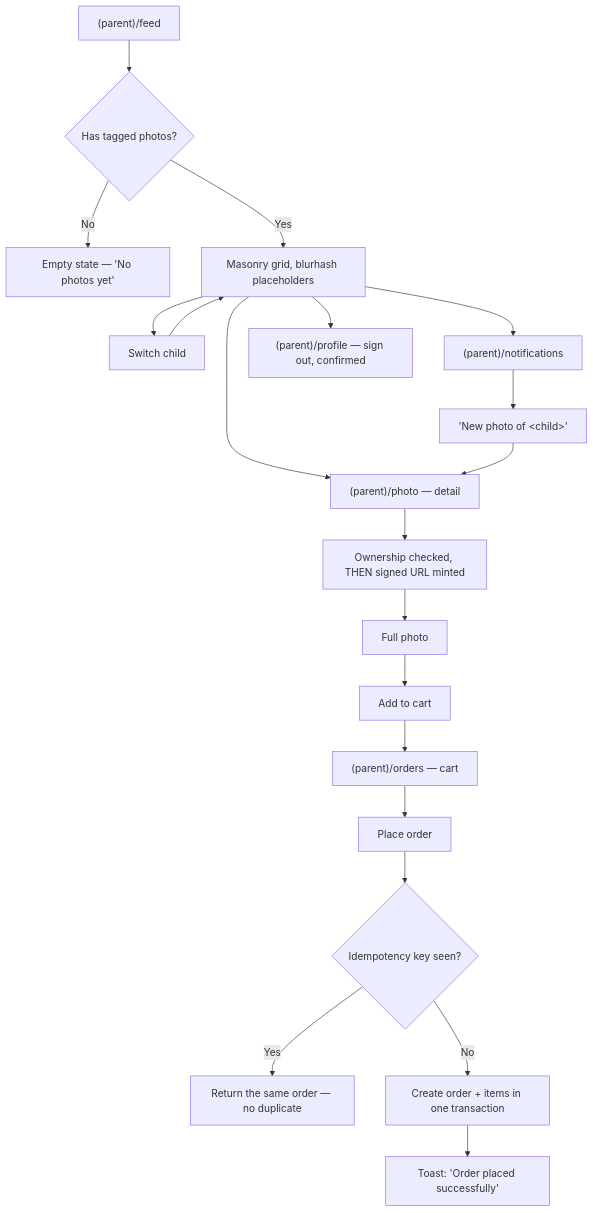
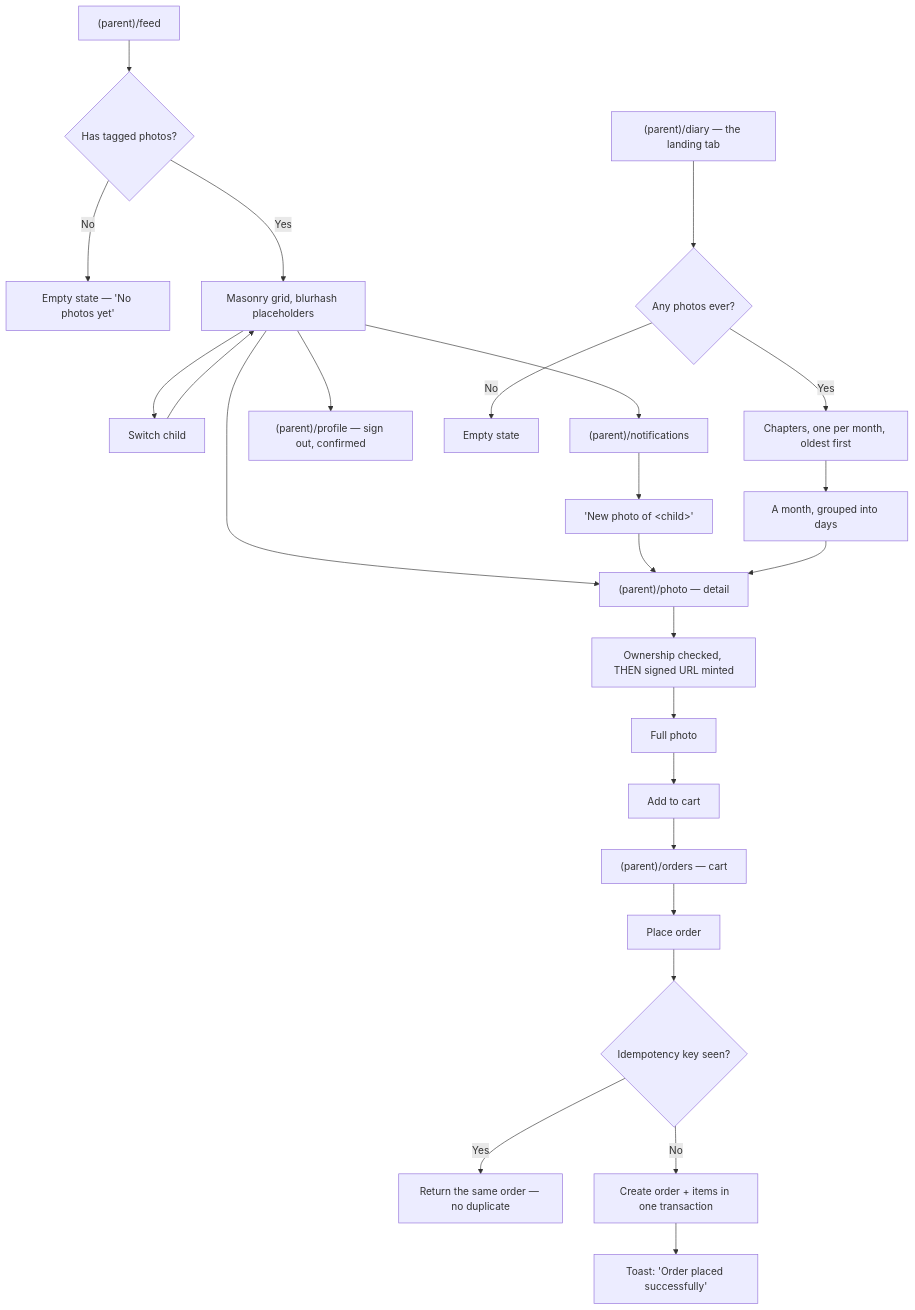
One commit to vexora-0/hive changed the second of 4 diagrams in docs/user-flows.md. Above: the diagram before and after it, drawn with Mermaid. The commit also changed other lines of this file and 8 other files, not shown here.

````diff
--- a/docs/user-flows.md
+++ b/docs/user-flows.md
@@ -52,25 +52,31 @@
 ```mermaid
 flowchart TD
     F["(parent)/feed"] --> G{Has tagged photos?}
     G -->|No| E["Empty state — 'No photos yet'"]
     G -->|Yes| H[Masonry grid, blurhash placeholders]
 
     H --> S[Switch child] --> H
     H --> D["(parent)/photo — detail"]
 
     D --> V[Ownership checked, THEN signed URL minted]
     V --> W[Full photo]
     W --> C[Add to cart]
     C --> O["(parent)/orders — cart"]
     O --> Q[Place order]
     Q --> R{Idempotency key seen?}
     R -->|Yes| RR[Return the same order — no duplicate]
     R -->|No| RN[Create order + items in one transaction]
     RN --> TT[Toast: 'Order placed successfully']
 
     H --> N["(parent)/notifications"]
     N --> NN["'New photo of &lt;child&gt;'"]
     NN --> D
 
     H --> PR["(parent)/profile — sign out, confirmed"]
+
+    DY["(parent)/diary — the landing tab"] --> DM{Any photos ever?}
+    DM -->|No| DE["Empty state"]
+    DM -->|Yes| DC["Chapters, one per month, oldest first"]
+    DC --> DD["A month, grouped into days"]
+    DD --> D
 ```
````
